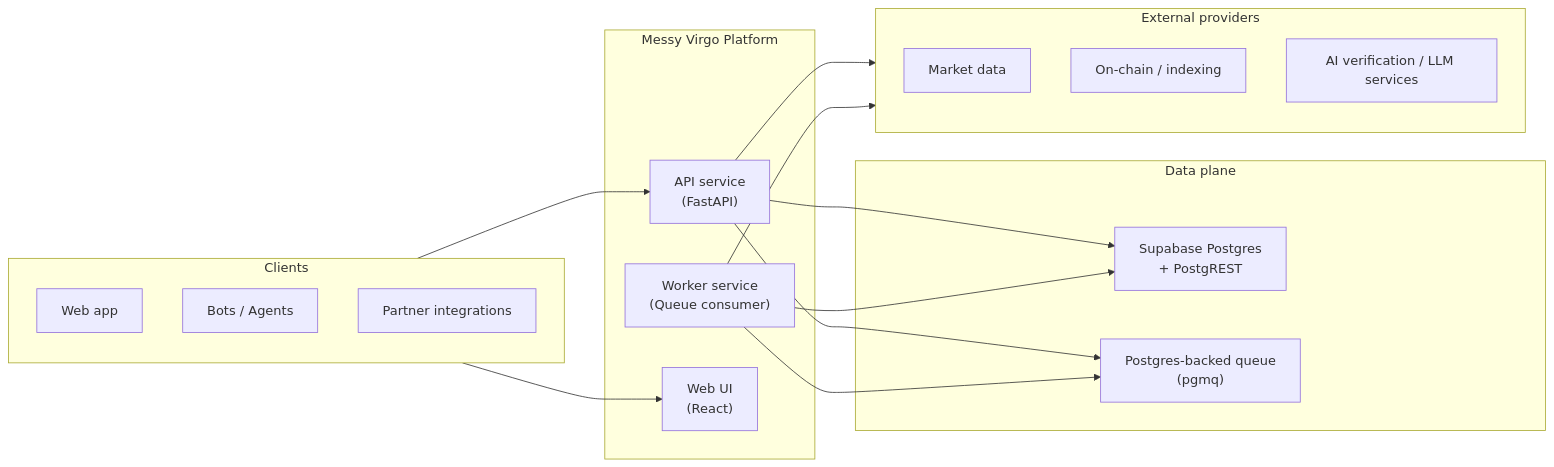
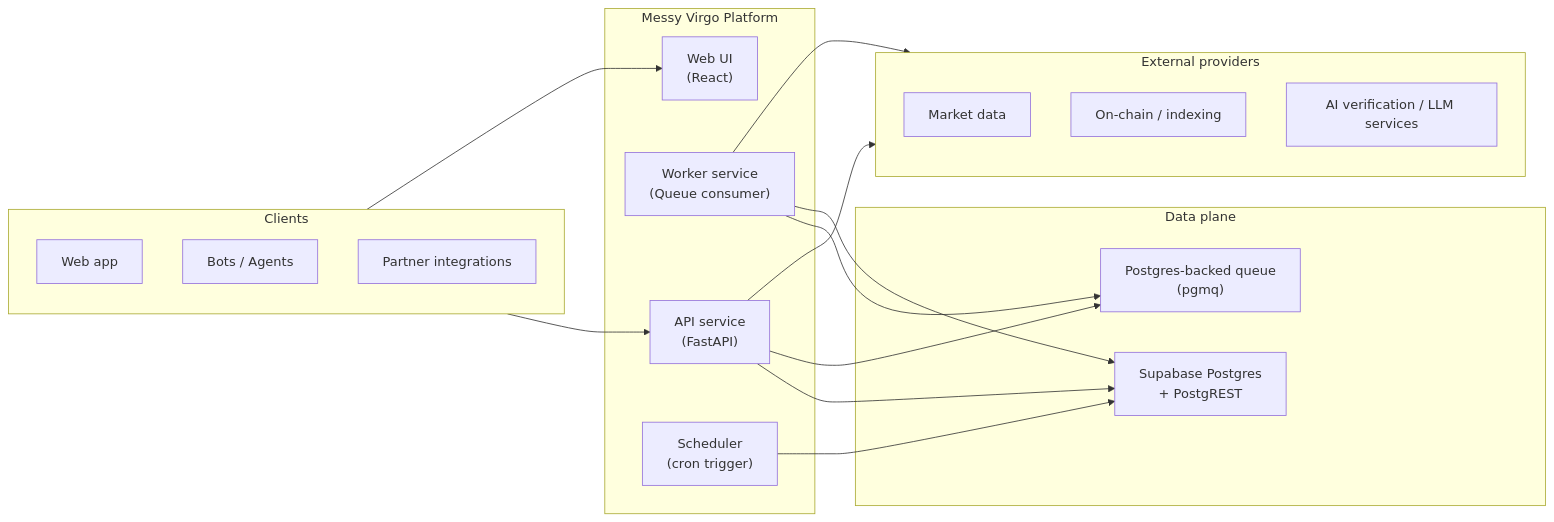
One commit to messyvirgo-coin/messyvirgo-com changed the first of 4 diagrams in _blog/_posts/2025-12-24-messy-virgo-platform-architecture.md. Above: the diagram before and after it, drawn with Mermaid. The commit also changed other lines of this file and 4 other files, not shown here.

Commit message:
feat: updated architecture blog post

````diff
--- a/_blog/_posts/2025-12-24-messy-virgo-platform-architecture.md
+++ b/_blog/_posts/2025-12-24-messy-virgo-platform-architecture.md
@@ -49,34 +49,36 @@
 ```mermaid
 flowchart LR
   subgraph Clients["Clients"]
     A["Web app"]
     B["Bots / Agents"]
     C["Partner integrations"]
   end
 
   subgraph Platform["Messy Virgo Platform"]
     API["API service\n(FastAPI)"]
     W["Worker service\n(Queue consumer)"]
     WEB["Web UI\n(React)"]
+    SCH["Scheduler\n(cron trigger)"]
   end
 
   subgraph DataPlane["Data plane"]
     DB["Supabase Postgres\n+ PostgREST"]
     Q["Postgres-backed queue\n(pgmq)"]
   end
 
   subgraph External["External providers"]
     P1["Market data"]
     P2["On-chain / indexing"]
     P3["AI verification / LLM services"]
   end
 
   Clients --> API
   Clients --> WEB
   API --> DB
   API --> Q
   W --> Q
   W --> DB
+  SCH --> DB
   API --> External
   W --> External
 ```
````
